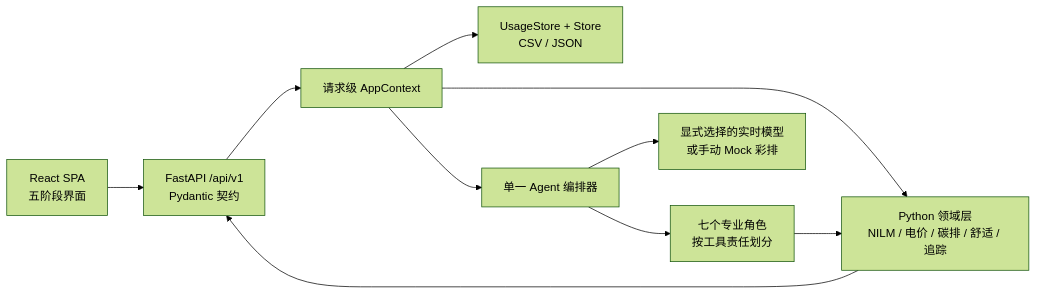
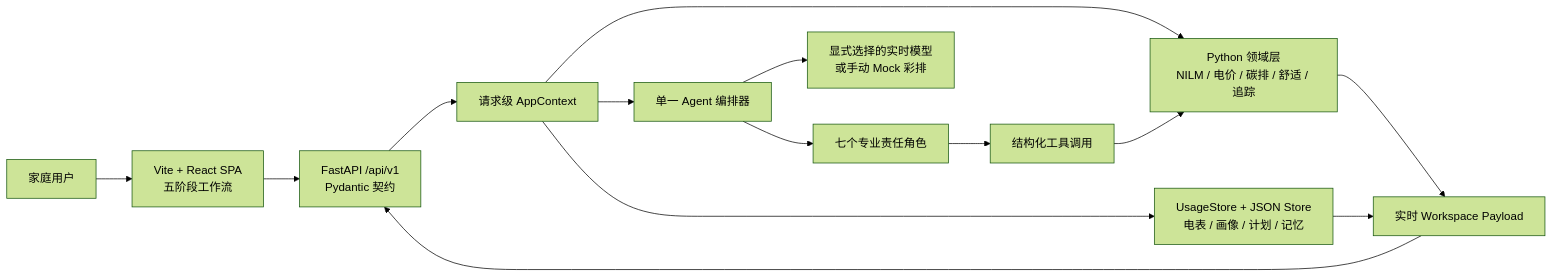
Before and after one commit to HUITianYi/HomeShift-AI: the diagram in README.md, drawn with Mermaid (forest theme). The commit also changed other lines of this file, not shown here.

````diff
--- a/README.md
+++ b/README.md
@@ -311,12 +118,19 @@
 ```mermaid
 flowchart LR
-    UI["React SPA<br/>五阶段界面"] --> API["FastAPI /api/v1<br/>Pydantic 契约"]
+    USER["家庭用户"] --> SPA["Vite + React SPA<br/>五阶段工作流"]
+    SPA --> API["FastAPI /api/v1<br/>Pydantic 契约"]
     API --> CTX["请求级 AppContext"]
-    CTX --> DATA["UsageStore + Store<br/>CSV / JSON"]
+
+    CTX --> DATA["UsageStore + JSON Store<br/>电表 / 画像 / 计划 / 记忆"]
     CTX --> DOMAIN["Python 领域层<br/>NILM / 电价 / 碳排 / 舒适 / 追踪"]
     CTX --> ORCH["单一 Agent 编排器"]
-    ORCH --> ROLES["七个专业角色<br/>按工具责任划分"]
+
+    ORCH --> ROLES["七个专业责任角色"]
+    ROLES --> TOOLS["结构化工具调用"]
+    TOOLS --> DOMAIN
     ORCH --> LLM["显式选择的实时模型<br/>或手动 Mock 彩排"]
-    DOMAIN --> API
-    ROLES --> DOMAIN
+
+    DOMAIN --> WORKSPACE["实时 Workspace Payload"]
+    DATA --> WORKSPACE
+    WORKSPACE --> API
 ```
````
